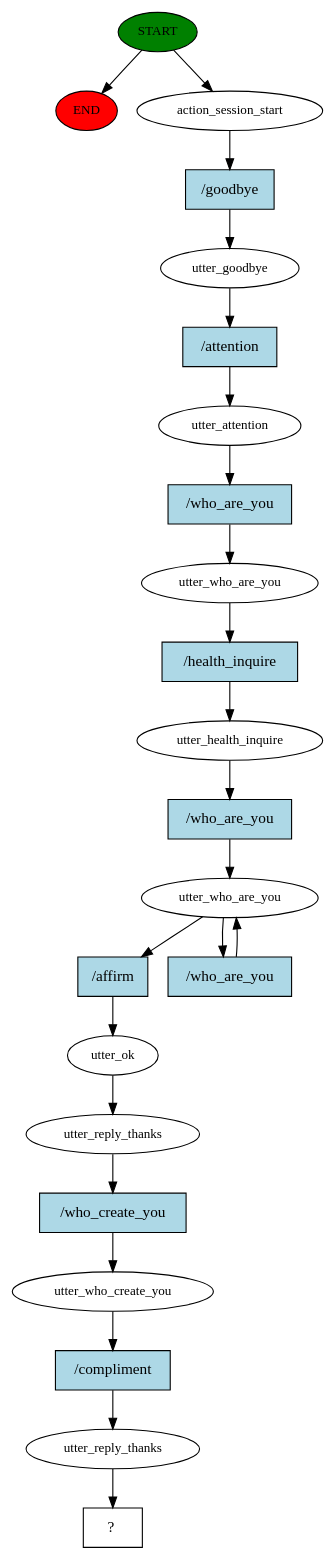
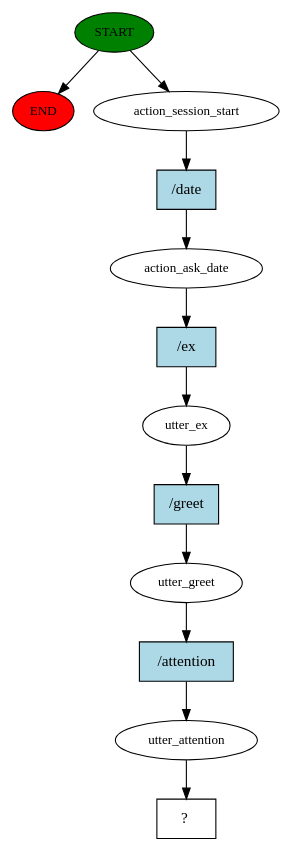
Before and after one commit to Syun1208/smart-menu-application: the diagram in story_graph.dot, drawn with Graphviz. The commit also changed 49 other files, not shown here.

```diff
--- a/story_graph.dot
+++ b/story_graph.dot
@@ -1,46 +1,25 @@
 digraph  {
 0 [class="start active", fillcolor=green, fontsize=12, label=START, style=filled];
 "-1" [class=end, fillcolor=red, fontsize=12, label=END, style=filled];
 1 [class=active, fontsize=12, label=action_session_start];
-2 [class=active, fontsize=12, label=utter_goodbye];
-3 [class=active, fontsize=12, label=utter_attention];
-4 [class=active, fontsize=12, label=utter_who_are_you];
-5 [class=active, fontsize=12, label=utter_health_inquire];
-6 [class=active, fontsize=12, label=utter_who_are_you];
-8 [class=active, fontsize=12, label=utter_ok];
-9 [class=active, fontsize=12, label=utter_reply_thanks];
-10 [class=active, fontsize=12, label=utter_who_create_you];
-11 [class=active, fontsize=12, label=utter_reply_thanks];
-12 [class="intent dashed active", label="  ?  ", shape=rect];
-13 [class="intent active", fillcolor=lightblue, label="/goodbye", shape=rect, style=filled];
-14 [class="intent active", fillcolor=lightblue, label="/attention", shape=rect, style=filled];
-15 [class="intent active", fillcolor=lightblue, label="/who_are_you", shape=rect, style=filled];
-16 [class="intent active", fillcolor=lightblue, label="/health_inquire", shape=rect, style=filled];
-17 [class="intent active", fillcolor=lightblue, label="/who_are_you", shape=rect, style=filled];
-18 [class="intent active", fillcolor=lightblue, label="/affirm", shape=rect, style=filled];
-19 [class="intent active", fillcolor=lightblue, label="/who_are_you", shape=rect, style=filled];
-20 [class="intent active", fillcolor=lightblue, label="/who_create_you", shape=rect, style=filled];
-21 [class="intent active", fillcolor=lightblue, label="/compliment", shape=rect, style=filled];
+2 [class=active, fontsize=12, label=action_ask_date];
+3 [class=active, fontsize=12, label=utter_ex];
+4 [class=active, fontsize=12, label=utter_greet];
+5 [class=active, fontsize=12, label=utter_attention];
+6 [class="intent dashed active", label="  ?  ", shape=rect];
+7 [class="intent active", fillcolor=lightblue, label="/date", shape=rect, style=filled];
+8 [class="intent active", fillcolor=lightblue, label="/ex", shape=rect, style=filled];
+9 [class="intent active", fillcolor=lightblue, label="/greet", shape=rect, style=filled];
+10 [class="intent active", fillcolor=lightblue, label="/attention", shape=rect, style=filled];
 0 -> "-1"  [class="", key=NONE, label=""];
 0 -> 1  [class=active, key=NONE, label=""];
-1 -> 13  [class=active, key=0];
-2 -> 14  [class=active, key=0];
-3 -> 15  [class=active, key=0];
-4 -> 16  [class=active, key=0];
-5 -> 17  [class=active, key=0];
-6 -> 18  [class=active, key=0];
-6 -> 19  [class=active, key=0];
-8 -> 9  [class=active, key=NONE, label=""];
-9 -> 20  [class=active, key=0];
-10 -> 21  [class=active, key=0];
-11 -> 12  [class=active, key=NONE, label=""];
-13 -> 2  [class=active, key=0];
-14 -> 3  [class=active, key=0];
-15 -> 4  [class=active, key=0];
-16 -> 5  [class=active, key=0];
-17 -> 6  [class=active, key=0];
-18 -> 8  [class=active, key=0];
-19 -> 6  [class=active, key=0];
-20 -> 10  [class=active, key=0];
-21 -> 11  [class=active, key=0];
+1 -> 7  [class=active, key=0];
+2 -> 8  [class=active, key=0];
+3 -> 9  [class=active, key=0];
+4 -> 10  [class=active, key=0];
+5 -> 6  [class=active, key=NONE, label=""];
+7 -> 2  [class=active, key=0];
+8 -> 3  [class=active, key=0];
+9 -> 4  [class=active, key=0];
+10 -> 5  [class=active, key=0];
 }
```
